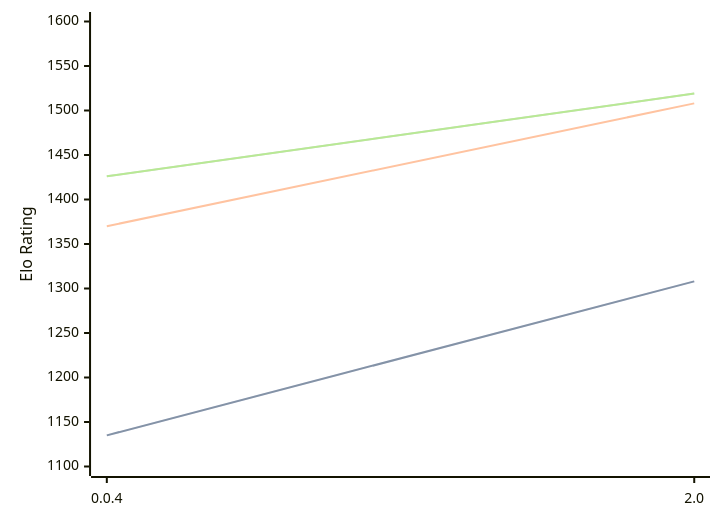
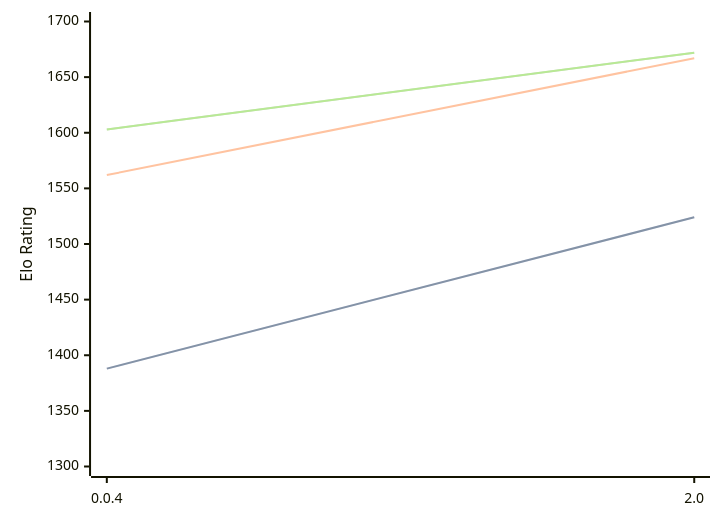
The diagram in engines/Oops!Mate.md (computer-chess-index/cci), drawn with Mermaid before and after one commit. The commit also changed other lines of this file, not shown here.

Commit message:
Update CCI Ratings (ELO VLTC) - 2026-02-24

````diff
--- a/engines/Oops!Mate.md
+++ b/engines/Oops!Mate.md
@@ -48,11 +48,11 @@
 ```mermaid
 %%{init: {"theme":"base","themeVariables":{"seriesColors:['#a3a3a3','#222221','#faa371']}}}%%
 xychart-beta
   x-axis ["0.0.4", "2.0"]
-  y-axis "Elo Rating" 1100 --> 1600
-  line "STC (8.0+0.08s)" [1135, 1308]
-  line "STC (8.0+0.08s)" [1135, 1308]
-  line "LTC (60.0+0.60s)" [1370, 1508]
-  line "VLTC (2m24s+1.12s)" [1426, 1519]
-  line "VLTC (2m24s+1.12s)" [1426, 1519]
+  y-axis "Elo Rating" 1300 --> 1700
+  line "STC (8.0+0.08s)" [1388, 1524]
+  line "STC (8.0+0.08s)" [1388, 1524]
+  line "LTC (60.0+0.60s)" [1562, 1667]
+  line "VLTC (2m24s+1.12s)" [1603, 1672]
+  line "VLTC (2m24s+1.12s)" [1603, 1672]
 ```
````
